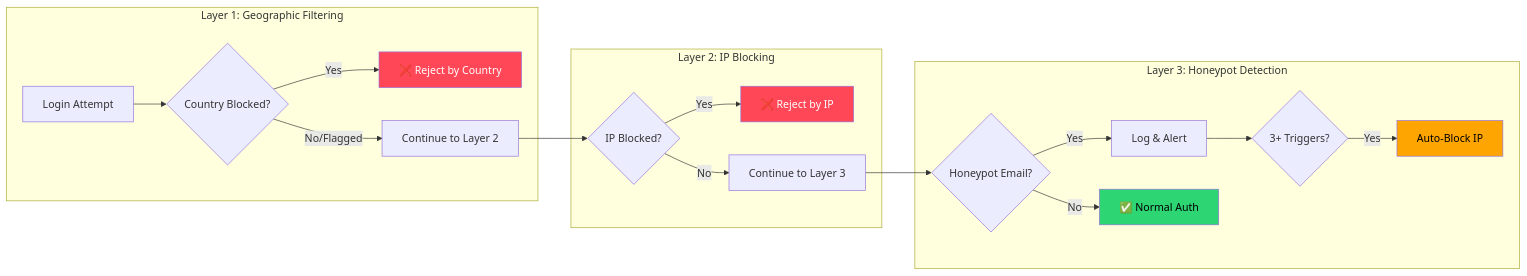
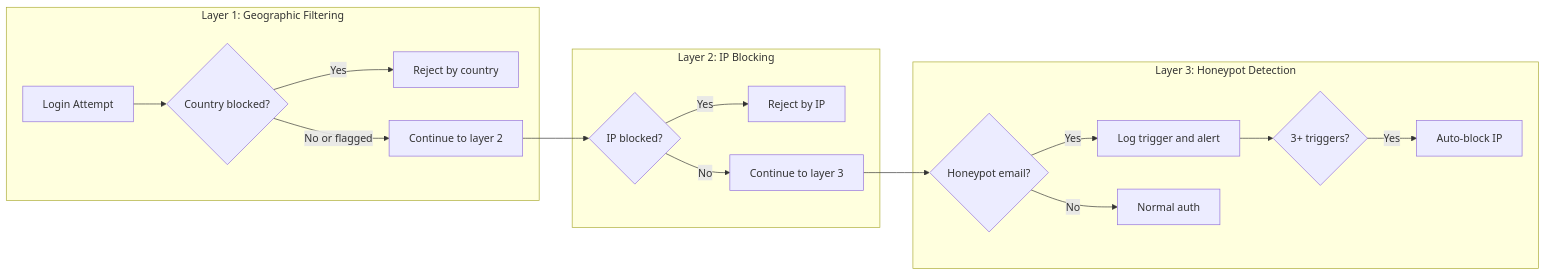
Before and after one commit to ritvikindupuri/ritvik-portfolio: the sixth of 10 diagrams in public/TECHNICAL_DOCUMENTATION.md, drawn with Mermaid. The commit also changed other lines of this file and 1 other file, not shown here.

````diff
--- a/public/TECHNICAL_DOCUMENTATION.md
+++ b/public/TECHNICAL_DOCUMENTATION.md
@@ -2451,27 +2444,22 @@
 ```mermaid
 flowchart LR
     subgraph Layer1["Layer 1: Geographic Filtering"]
-        A[Login Attempt] --> B{Country Blocked?}
-        B -->|Yes| C[❌ Reject by Country]
-        B -->|No/Flagged| D[Continue to Layer 2]
-    end
-    
-    subgraph Layer2["Layer 2: IP Blocking"]
-        D --> E{IP Blocked?}
-        E -->|Yes| F[❌ Reject by IP]
-        E -->|No| G[Continue to Layer 3]
-    end
-    
-    subgraph Layer3["Layer 3: Honeypot Detection"]
-        G --> H{Honeypot Email?}
-        H -->|Yes| I[Log & Alert]
-        I --> J{3+ Triggers?}
-        J -->|Yes| K[Auto-Block IP]
-        H -->|No| L[✅ Normal Auth]
+        A[Login Attempt] --> B{Country blocked?}
+        B -->|Yes| C[Reject by country]
+        B -->|No or flagged| D[Continue to layer 2]
     end
 
-    style C fill:#ff4757,color:#fff
-    style F fill:#ff4757,color:#fff
-    style K fill:#ffa502,color:#000
-    style L fill:#2ed573,color:#000
+    subgraph Layer2["Layer 2: IP Blocking"]
+        D --> E{IP blocked?}
+        E -->|Yes| F[Reject by IP]
+        E -->|No| G[Continue to layer 3]
+    end
+
+    subgraph Layer3["Layer 3: Honeypot Detection"]
+        G --> H{Honeypot email?}
+        H -->|Yes| I[Log trigger and alert]
+        I --> J{3+ triggers?}
+        J -->|Yes| K[Auto-block IP]
+        H -->|No| L[Normal auth]
+    end
 ```
````
